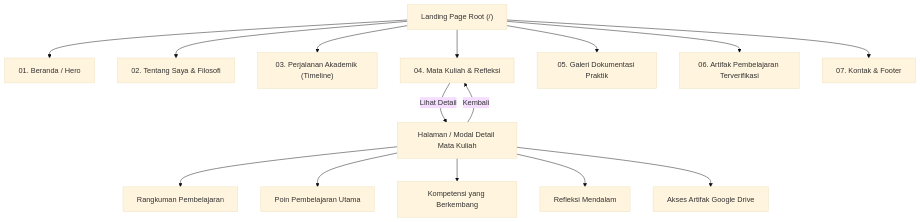
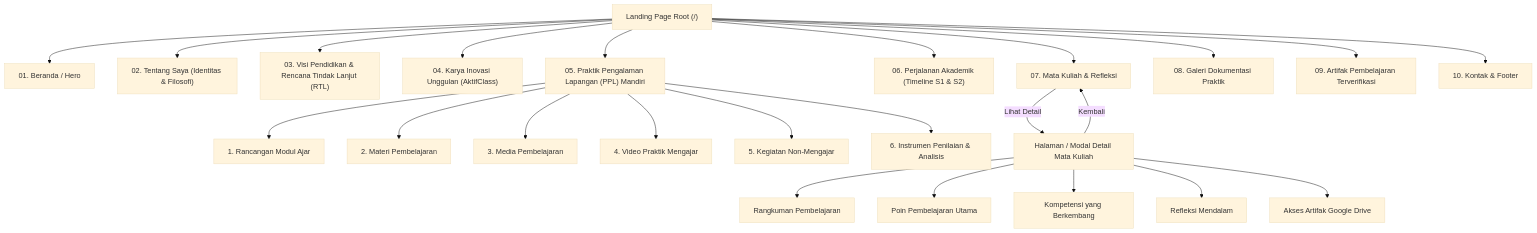
Before and after one commit to arbaurnika/portfolioppg: the second of 3 diagrams in PRD.md, drawn with Mermaid (base theme). The commit also changed other lines of this file and 3 other files, not shown here.

````diff
--- a/PRD.md
+++ b/PRD.md
@@ -62,20 +62,30 @@
 ```mermaid
 graph TD
     Root["Landing Page Root (/)"]
     
     Root --> H["01. Beranda / Hero"]
-    Root --> T["02. Tentang Saya & Filosofi"]
-    Root --> P["03. Perjalanan Akademik (Timeline)"]
-    Root --> M["04. Mata Kuliah & Refleksi"]
-    Root --> G["05. Galeri Dokumentasi Praktik"]
-    Root --> A["06. Artifak Pembelajaran Terverifikasi"]
-    Root --> K["07. Kontak & Footer"]
+    Root --> T["02. Tentang Saya (Identitas & Filosofi)"]
+    Root --> V["03. Visi Pendidikan & Rencana Tindak Lanjut (RTL)"]
+    Root --> I["04. Karya Inovasi Unggulan (AktifClass)"]
+    Root --> PPL["05. Praktik Pengalaman Lapangan (PPL) Mandiri"]
+    Root --> P["06. Perjalanan Akademik (Timeline S1 & S2)"]
+    Root --> M["07. Mata Kuliah & Refleksi"]
+    Root --> G["08. Galeri Dokumentasi Praktik"]
+    Root --> A["09. Artifak Pembelajaran Terverifikasi"]
+    Root --> K["10. Kontak & Footer"]
+    
+    PPL --> PPL1["1. Rancangan Modul Ajar"]
+    PPL --> PPL2["2. Materi Pembelajaran"]
+    PPL --> PPL3["3. Media Pembelajaran"]
+    PPL --> PPL4["4. Video Praktik Mengajar"]
+    PPL --> PPL5["5. Kegiatan Non-Mengajar"]
+    PPL --> PPL6["6. Instrumen Penilaian & Analisis"]
     
     M -->|"Lihat Detail"| CD["Halaman / Modal Detail Mata Kuliah"]
     CD --> CD1["Rangkuman Pembelajaran"]
     CD --> CD2["Poin Pembelajaran Utama"]
     CD --> CD3["Kompetensi yang Berkembang"]
     CD --> CD4["Refleksi Mendalam"]
     CD --> CD5["Akses Artifak Google Drive"]
     CD -->|"Kembali"| M
 ```
````
